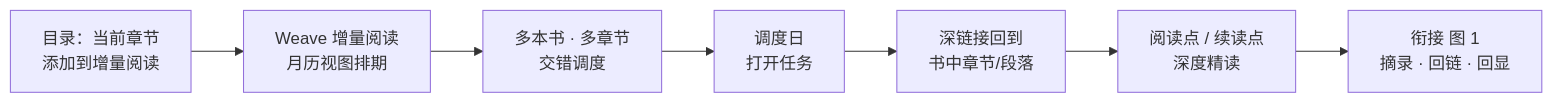
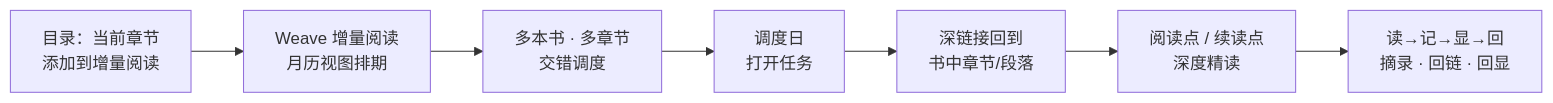
One commit to neil-wang-global/obsidian-weave-reader changed the second of 4 diagrams in README.md. Above: the diagram before and after it, drawn with Mermaid. The commit also changed other lines of this file, not shown here.

Commit message:
docs: remove core-loop Mermaid diagram from README

````diff
--- a/README.md
+++ b/README.md
@@ -96,12 +76,12 @@
 ```mermaid
 flowchart LR
   TOC["目录：当前章节<br/>添加到增量阅读"]
   CAL["Weave 增量阅读<br/>月历视图排期"]
   MIX["多本书 · 多章节<br/>交错调度"]
   DAY["调度日<br/>打开任务"]
   BOOK["深链接回到<br/>书中章节/段落"]
   DEEP["阅读点 / 续读点<br/>深度精读"]
-  LOOP["衔接 图 1<br/>摘录 · 回链 · 回显"]
+  LOOP["读→记→显→回<br/>摘录 · 回链 · 回显"]
 
   TOC --> CAL --> MIX --> DAY --> BOOK --> DEEP --> LOOP
 ```
````
